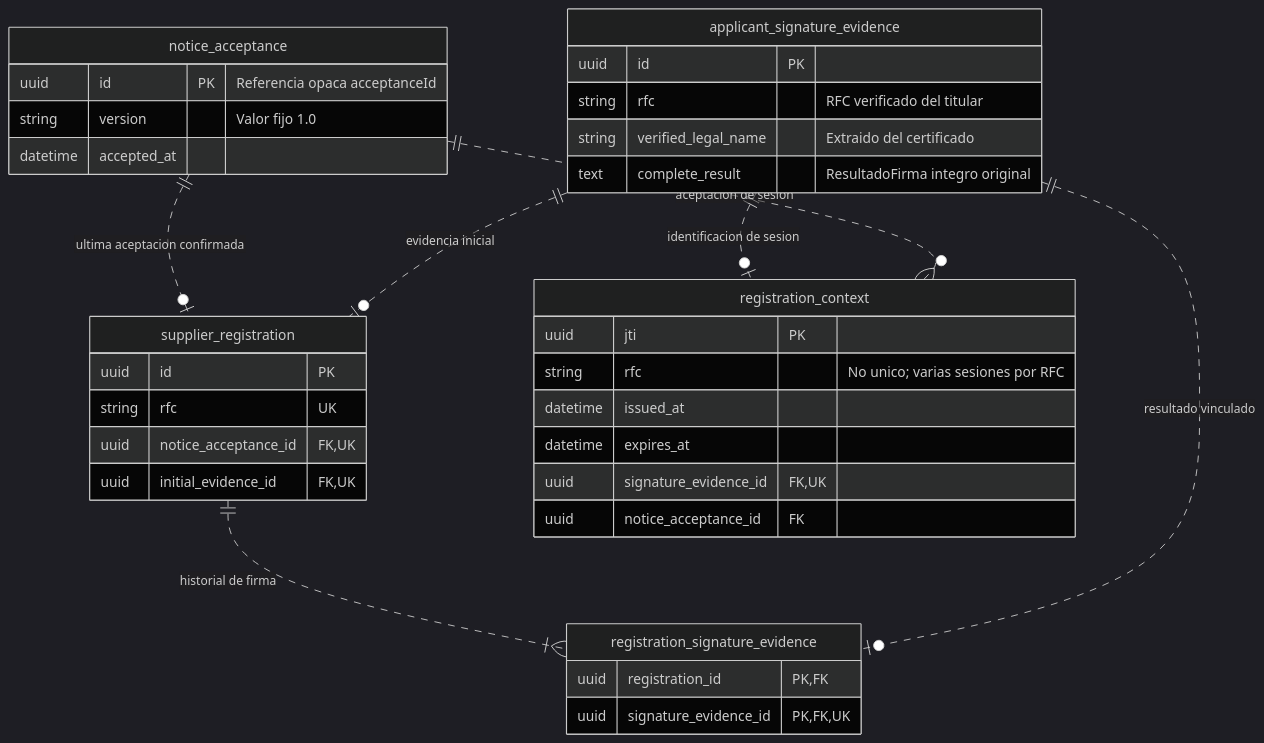
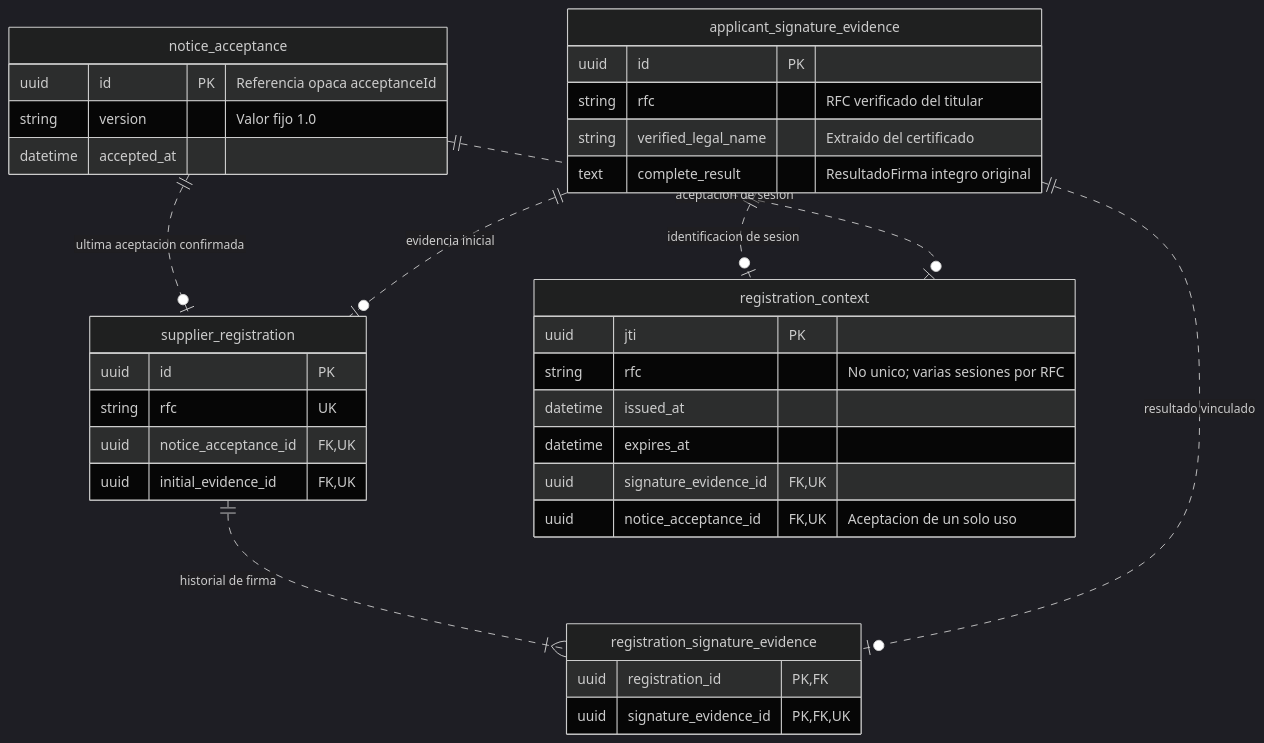
Before and after one commit to fredkor/ai-ssd-registro-proveedores: the fifth of 5 diagrams in specs/architecture/registration-database-design.md, drawn with Mermaid (dark theme). The commit also changed other lines of this file and 10 other files, not shown here.

First line of the commit message:
design: Se definen aceptación de un solo uso, llaves JWT y PostgreSQL en todos los entornos (ADR-0018).

````diff
--- a/specs/architecture/registration-database-design.md
+++ b/specs/architecture/registration-database-design.md
@@ -192,38 +192,38 @@
 ```mermaid
 erDiagram
     supplierRegistration["supplier_registration"] {
         uuid id PK
         string rfc UK
         uuid notice_acceptance_id FK,UK
         uuid initial_evidence_id FK,UK
     }
     noticeAcceptance["notice_acceptance"] {
         uuid id PK "Referencia opaca acceptanceId"
         string version "Valor fijo 1.0"
         datetime accepted_at
     }
     applicantSignatureEvidence["applicant_signature_evidence"] {
         uuid id PK
         string rfc "RFC verificado del titular"
         string verified_legal_name "Extraido del certificado"
         text complete_result "ResultadoFirma integro original"
     }
     registrationSignatureEvidence["registration_signature_evidence"] {
         uuid registration_id PK,FK
         uuid signature_evidence_id PK,FK,UK
     }
     registrationContext["registration_context"] {
         uuid jti PK
         string rfc "No unico; varias sesiones por RFC"
         datetime issued_at
         datetime expires_at
         uuid signature_evidence_id FK,UK
-        uuid notice_acceptance_id FK
+        uuid notice_acceptance_id FK,UK "Aceptacion de un solo uso"
     }
     noticeAcceptance ||..o| supplierRegistration : "ultima aceptacion confirmada"
     applicantSignatureEvidence ||..o| supplierRegistration : "evidencia inicial"
     supplierRegistration ||..|{ registrationSignatureEvidence : "historial de firma"
     applicantSignatureEvidence ||..o| registrationSignatureEvidence : "resultado vinculado"
     applicantSignatureEvidence ||..o| registrationContext : "identificacion de sesion"
-    noticeAcceptance ||..o{ registrationContext : "aceptacion de sesion"
+    noticeAcceptance ||..o| registrationContext : "aceptacion de sesion"
 ```
````
